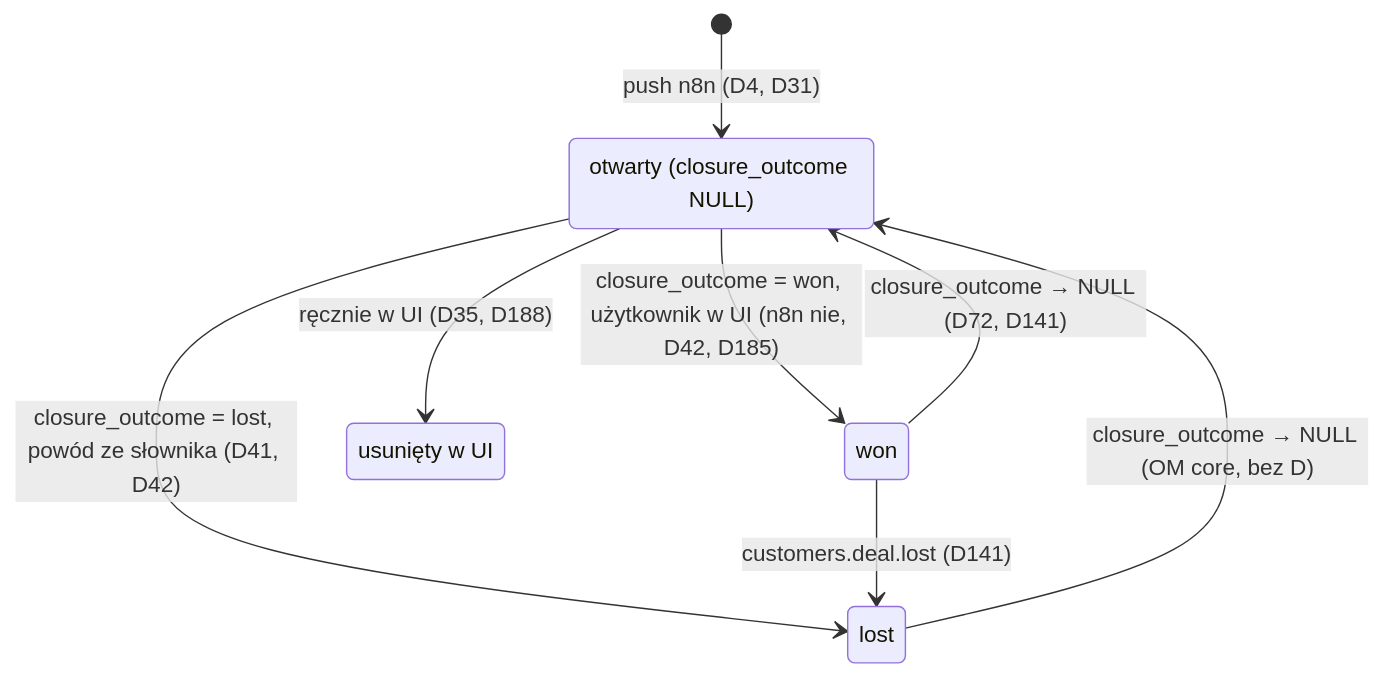
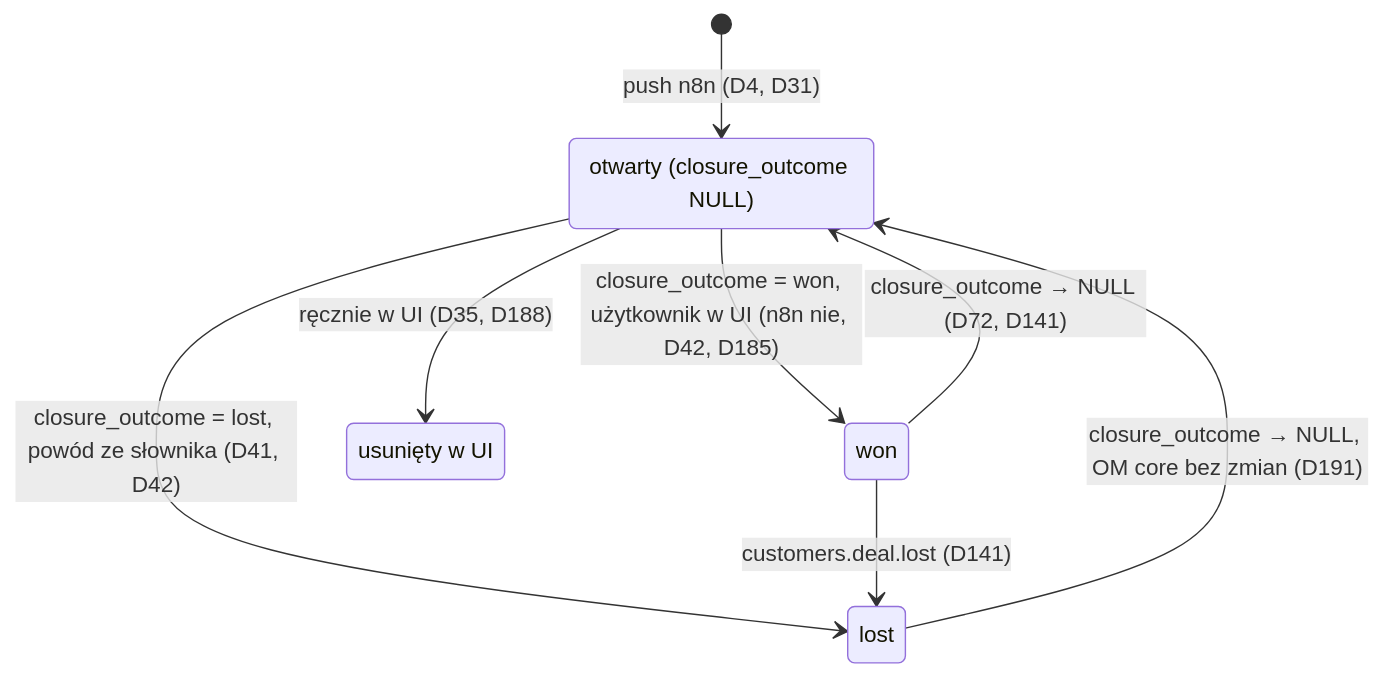
Before and after one commit to AdamskiMarek/open-mercato: the first of 4 diagrams in .ai/architecture.md, drawn with Mermaid. The commit also changed other lines of this file and 6 other files, not shown here.

````diff
--- a/.ai/architecture.md
+++ b/.ai/architecture.md
@@ -25,14 +25,14 @@
 ```mermaid
 stateDiagram-v2
     state "otwarty (closure_outcome NULL)" as open
     state "won" as won
     state "lost" as lost
     state "usunięty w UI" as deleted
     [*] --> open: push n8n (D4, D31)
     open --> won: closure_outcome = won, użytkownik w UI (n8n nie, D42, D185)
     open --> lost: closure_outcome = lost, powód ze słownika (D41, D42)
     won --> open: closure_outcome → NULL (D72, D141)
     won --> lost: customers.deal.lost (D141)
-    lost --> open: closure_outcome → NULL (OM core, bez D)
+    lost --> open: closure_outcome → NULL, OM core bez zmian (D191)
     open --> deleted: ręcznie w UI (D35, D188)
 ```
````
